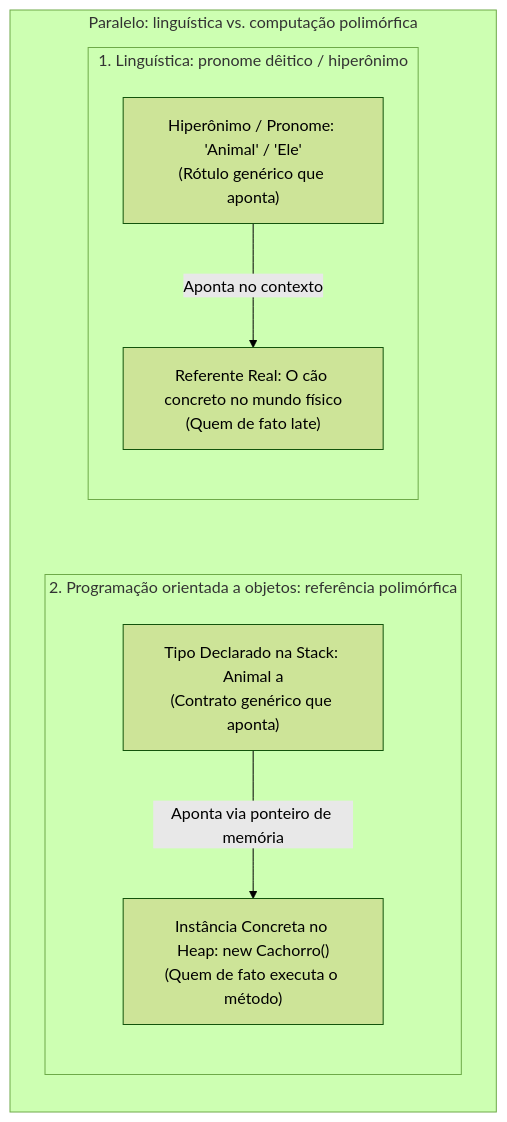
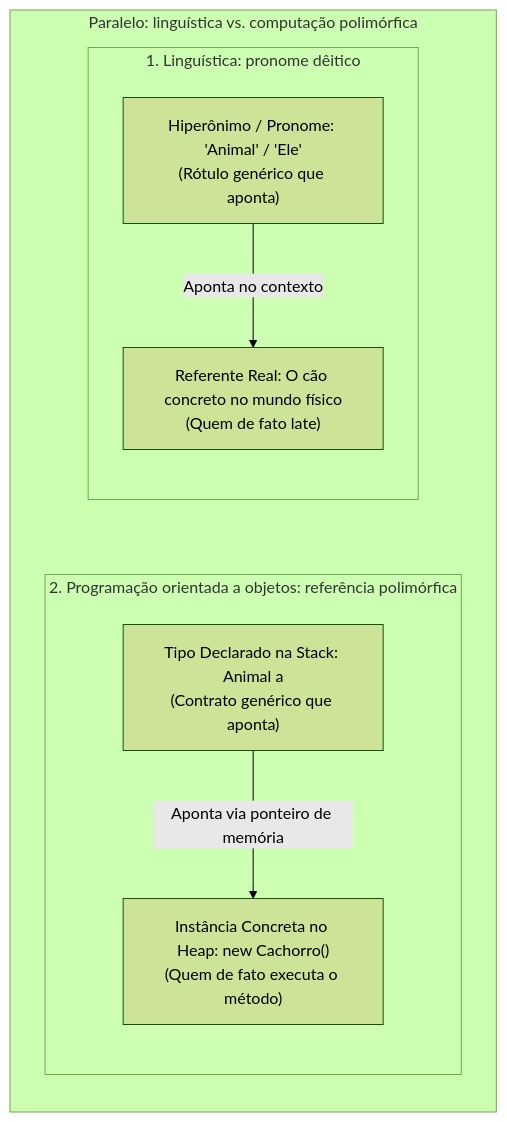
One commit to leorruas/puc changed the eighth of 11 diagrams in 01. Programacao Modular/17. Sobreposição de métodos (virtual e override).md. Above: the diagram before and after it, drawn with Mermaid (forest theme). The commit also changed other lines of this file and 1 other file, not shown here.

````diff
--- a/01. Programacao Modular/17. Sobreposição de métodos (virtual e override).md
+++ b/01. Programacao Modular/17. Sobreposição de métodos (virtual e override).md
@@ -378,22 +378,22 @@
 ```mermaid
 flowchart TD
     subgraph DeiticoAnalogia ["Paralelo: linguística vs. computação polimórfica"]
         direction TB
 
-        subgraph Linguistica ["1. Linguística: pronome dêitico / hiperônimo"]
+        subgraph Linguistica ["1. Linguística: pronome dêitico"]
             direction TB
             D1["Hiperônimo / Pronome: 'Animal' / 'Ele'<br>(Rótulo genérico que aponta)"]
             D2["Referente Real: O cão concreto no mundo físico<br>(Quem de fato late)"]
             D1 -->|Aponta no contexto| D2
         end
 
         subgraph Computacao ["2. Programação orientada a objetos: referência polimórfica"]
             direction TB
             C1["Tipo Declarado na Stack: Animal a<br>(Contrato genérico que aponta)"]
             C2["Instância Concreta no Heap: new Cachorro()<br>(Quem de fato executa o método)"]
             C1 -->|Aponta via ponteiro de memória| C2
         end
 
         Linguistica ~~~ Computacao
     end
 ```
````
